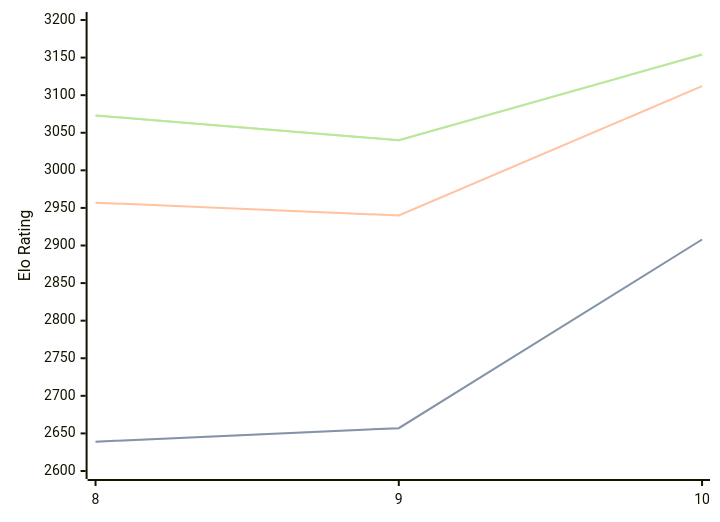
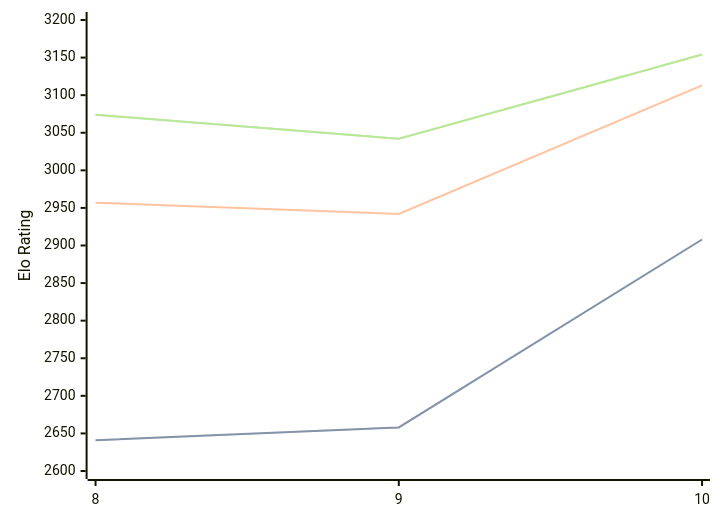
Before and after one commit to computer-chess-index/cci: the diagram in engines/Lozza.md, drawn with Mermaid. The commit also changed other lines of this file, not shown here.

Commit message:
Update CCI Ratings (ELO VLTC) - 2026-02-16

````diff
--- a/engines/Lozza.md
+++ b/engines/Lozza.md
@@ -38,11 +38,11 @@
 ```mermaid
 %%{init: {"theme":"base","themeVariables":{"seriesColors:['#a3a3a3','#222221','#faa371']}}}%%
 xychart-beta
   x-axis ["8", "9", "10"]
   y-axis "Elo Rating" 2600 --> 3200
-  line "STC (8.0+0.08s)" [2639, 2657, 2908]
-  line "STC (8.0+0.08s)" [2639, 2657, 2908]
-  line "LTC (60.0+0.60s)" [2957, 2940, 3112]
-  line "VLTC (2m24s+1.12s)" [3073, 3040, 3154]
-  line "VLTC (2m24s+1.12s)" [3073, 3040, 3154]
+  line "STC (8.0+0.08s)" [2641, 2658, 2908]
+  line "STC (8.0+0.08s)" [2641, 2658, 2908]
+  line "LTC (60.0+0.60s)" [2957, 2942, 3113]
+  line "VLTC (2m24s+1.12s)" [3074, 3042, 3154]
+  line "VLTC (2m24s+1.12s)" [3074, 3042, 3154]
 ```
````
